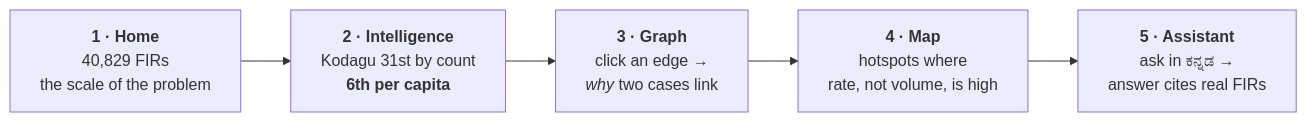
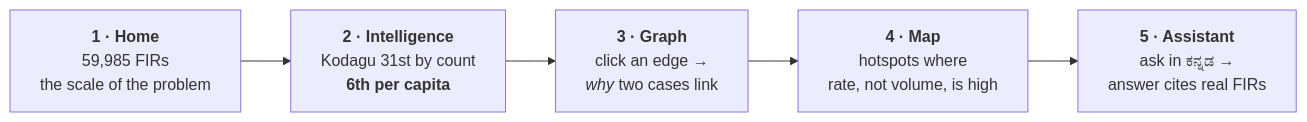
The first of 3 diagrams in README.md (adarshcod30/Kadi), drawn with Mermaid before and after one commit. The commit also changed other lines of this file and 27 other files, not shown here.

````diff
--- a/README.md
+++ b/README.md
@@ -143,9 +143,9 @@
 ```mermaid
 flowchart LR
-    H["<b>1 · Home</b><br/>40,829 FIRs<br/>the scale of the problem"]
+    H["<b>1 · Home</b><br/>59,985 FIRs<br/>the scale of the problem"]
     I["<b>2 · Intelligence</b><br/>Kodagu 31st by count<br/><b>6th per capita</b>"]
     G["<b>3 · Graph</b><br/>click an edge →<br/><i>why</i> two cases link"]
     M["<b>4 · Map</b><br/>hotspots where<br/>rate, not volume, is high"]
     A["<b>5 · Assistant</b><br/>ask in ಕನ್ನಡ →<br/>answer cites real FIRs"]
     H --> I --> G --> M --> A
 ```
````
